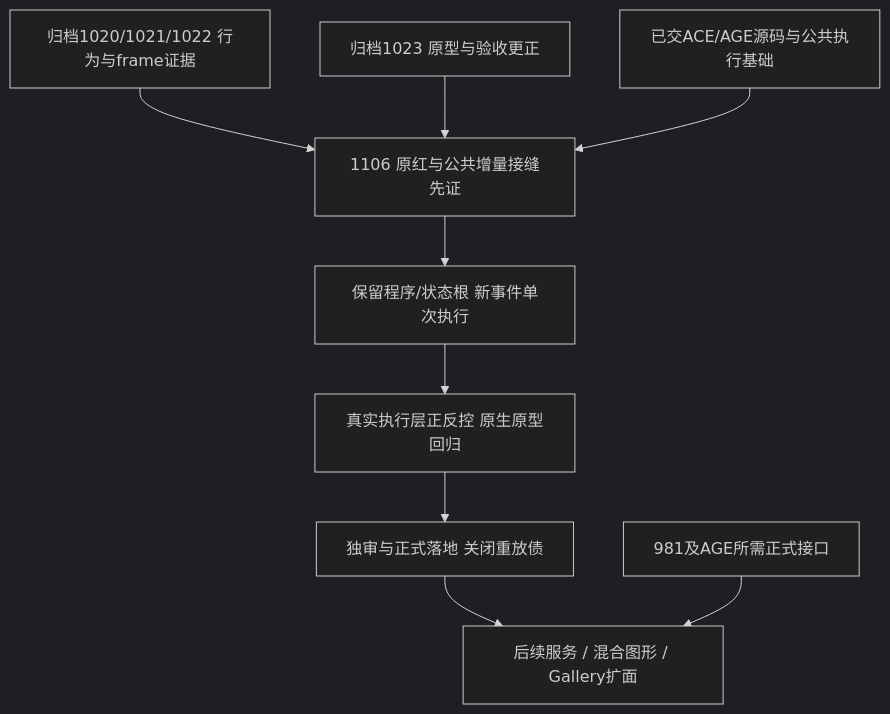
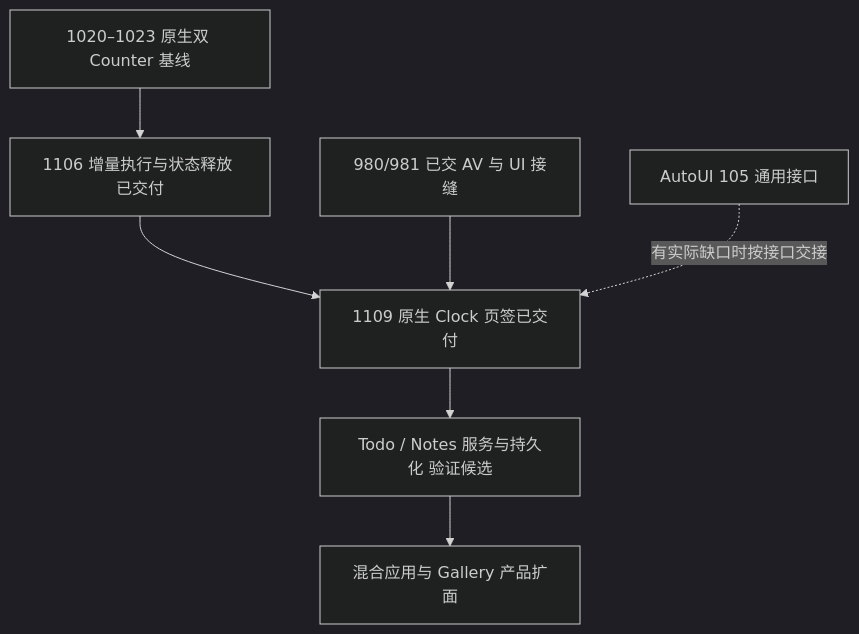
Before and after one commit to auto-stack/auto-lang: the diagram in docs/design/strategy/ase-m0-delivery-roadmap.md, drawn with Mermaid (dark theme). The commit also changed other lines of this file and 4 other files, not shown here.

````diff
--- a/docs/design/strategy/ase-m0-delivery-roadmap.md
+++ b/docs/design/strategy/ase-m0-delivery-roadmap.md
@@ -75,11 +76,9 @@
 ```mermaid
 flowchart TD
-    H[归档1020/1021/1022 行为与frame证据] --> P[1106 原红与公共增量接缝先证]
-    I[归档1023 原型与验收更正] --> P
-    U[已交ACE/AGE源码与公共执行基础] --> P
-    P --> C[保留程序/状态根 新事件单次执行]
-    C --> R[真实执行层正反控 原生原型回归]
-    R --> D[独审与正式落地 关闭重放债]
-    D --> Next[后续服务 / 混合图形 / Gallery扩面]
-    A[981及AGE所需正式接口] --> Next
+    H[1020–1023 原生双 Counter 基线] --> D[1106 增量执行与状态释放 已交付]
+    D --> C[1109 原生 Clock 页签已交付]
+    U[980/981 已交 AV 与 UI 接缝] --> C
+    B[AutoUI 105 通用接口] -. 有实际缺口时按接口交接 .-> C
+    C --> T[Todo / Notes 服务与持久化 验证候选]
+    T --> A[混合应用与 Gallery 产品扩面]
 ```
````
